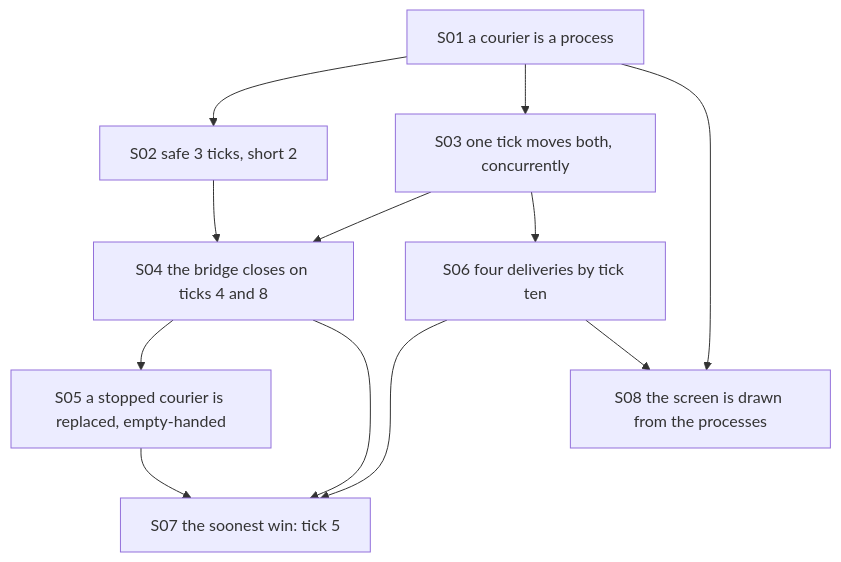
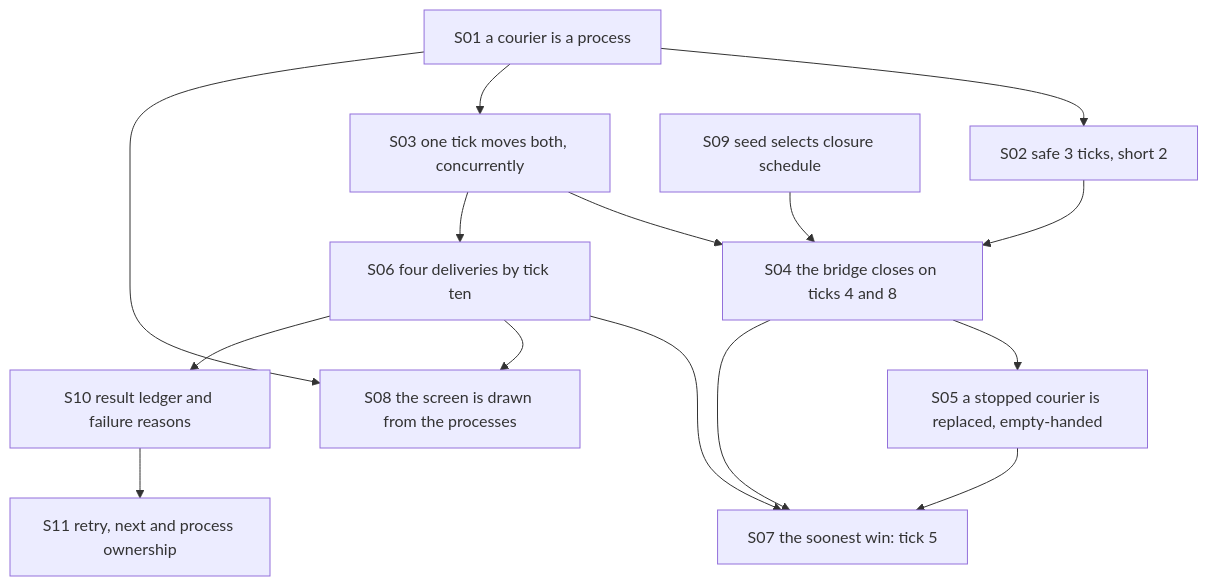
Before and after one commit to TM-59/parcel-relay: the diagram in docs/theory/README.md, drawn with Mermaid. The commit also changed other lines of this file and 14 other files, not shown here.

````diff
--- a/docs/theory/README.md
+++ b/docs/theory/README.md
@@ -15,14 +17,17 @@
 ```mermaid
 flowchart TD
     S01["S01 a courier is a process"] --> S02["S02 safe 3 ticks, short 2"]
     S01 --> S03["S03 one tick moves both, concurrently"]
     S02 --> S04["S04 the bridge closes on ticks 4 and 8"]
     S03 --> S04
     S04 --> S05["S05 a stopped courier is replaced, empty-handed"]
     S03 --> S06["S06 four deliveries by tick ten"]
     S04 --> S07["S07 the soonest win: tick 5"]
     S05 --> S07
     S06 --> S07
     S01 --> S08["S08 the screen is drawn from the processes"]
     S06 --> S08
+    S09["S09 seed selects closure schedule"] --> S04
+    S06 --> S10["S10 result ledger and failure reasons"]
+    S10 --> S11["S11 retry, next and process ownership"]
 ```
````
